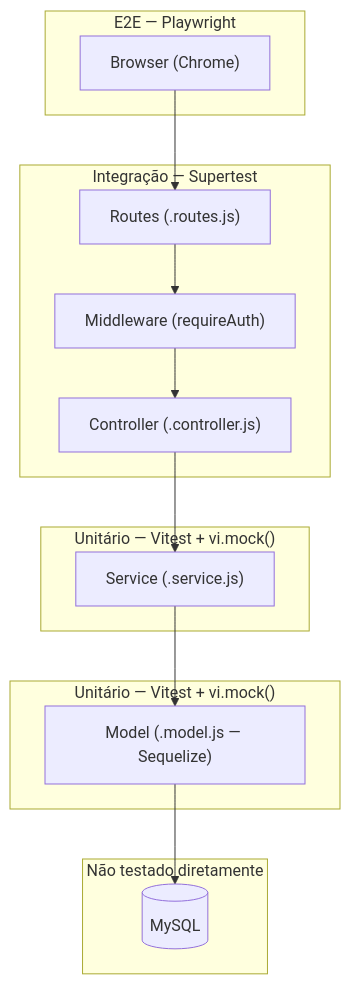
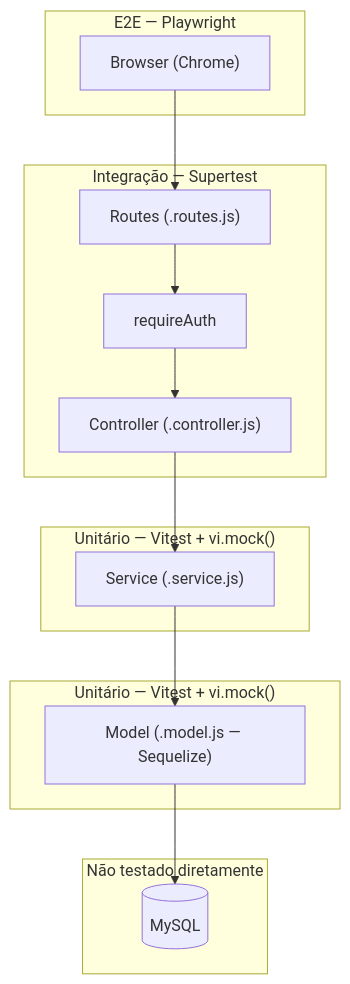
One commit to amandhakae/CodeLab changed the second of 2 diagrams in RELATORIO_N3.md. Above: the diagram before and after it, drawn with Mermaid. The commit also changed other lines of this file and 50 other files, not shown here.

````diff
--- a/RELATORIO_N3.md
+++ b/RELATORIO_N3.md
@@ -186,31 +172,31 @@
 ```mermaid
 graph TD
     subgraph E2E["E2E — Playwright"]
         Browser["Browser (Chrome)"]
     end
 
     subgraph HTTP["Integração — Supertest"]
         Routes["Routes (.routes.js)"]
         Controller["Controller (.controller.js)"]
-        Middleware["Middleware (requireAuth)"]
+        Middleware["requireAuth"]
     end
 
     subgraph Business["Unitário — Vitest + vi.mock()"]
         Service["Service (.service.js)"]
     end
 
     subgraph Data["Unitário — Vitest + vi.mock()"]
         Model["Model (.model.js — Sequelize)"]
     end
 
     subgraph Infra["Não testado diretamente"]
         MySQL[("MySQL")]
     end
 
     Browser --> Routes
     Routes --> Middleware
     Middleware --> Controller
     Controller --> Service
     Service --> Model
     Model --> MySQL
 ```
````
